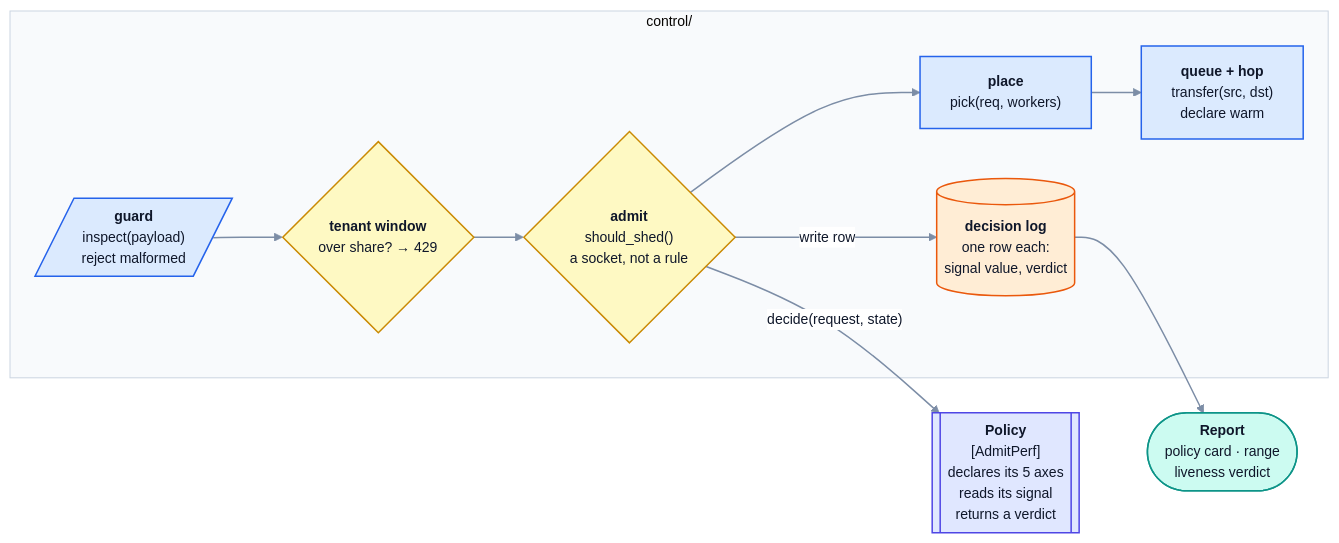
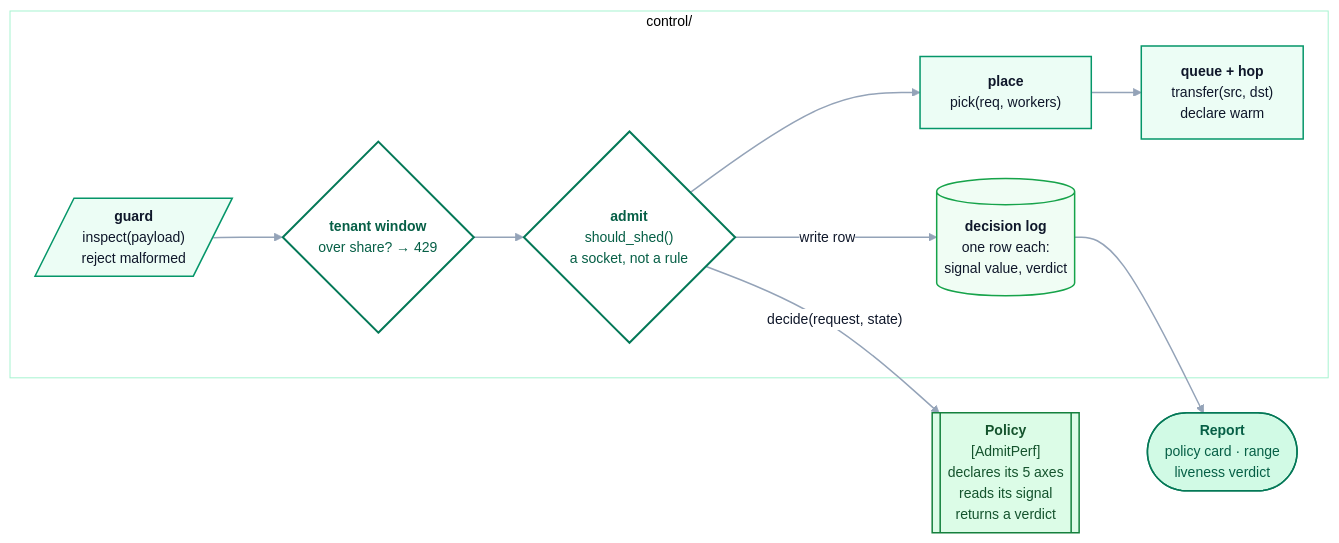
One commit to harshuljain13/Dodona changed the third of 3 diagrams in PROJECT.md. Above: the diagram before and after it, drawn with Mermaid. The commit also changed other lines of this file and 15 other files, not shown here.

````diff
--- a/PROJECT.md
+++ b/PROJECT.md
@@ -301,50 +301,50 @@
 ```mermaid
 %%{init: {'theme':'base','themeVariables':{
   'fontFamily':'ui-sans-serif, -apple-system, Segoe UI, Inter, Helvetica, Arial, sans-serif','fontSize':'14px',
-  'primaryColor':'#eff6ff','primaryTextColor':'#0f172a','primaryBorderColor':'#94a3b8',
-  'secondaryColor':'#f1f5f9','tertiaryColor':'#f8fafc',
-  'lineColor':'#7c8da6','textColor':'#1e293b',
-  'clusterBkg':'#f8fafc','clusterBorder':'#cbd5e1',
-  'edgeLabelBackground':'#ffffff','nodeBorder':'#94a3b8'
+  'primaryColor':'#ecfdf5','primaryTextColor':'#0f172a','primaryBorderColor':'#059669',
+  'secondaryColor':'#f8fafc','tertiaryColor':'#ffffff',
+  'lineColor':'#94a3b8','textColor':'#1e293b',
+  'clusterBkg':'#ffffff','clusterBorder':'#a7f3d0',
+  'edgeLabelBackground':'#ffffff','nodeBorder':'#059669'
 }}}%%
 flowchart LR
   subgraph GW["control/"]
     G[/"<b>guard</b><br/>inspect(payload)<br/>reject malformed"/]
     T{"<b>tenant window</b><br/>over share? → 429"}
     A{"<b>admit</b><br/>should_shed()<br/>a socket, not a rule"}
     P["<b>place</b><br/>pick(req, workers)"]
     H["<b>queue + hop</b><br/>transfer(src, dst)<br/>declare warm"]
     L[("<b>decision log</b><br/>one row each:<br/>signal value, verdict")]
     G --> T --> A --> P --> H
   end
 
   POL[["<b>Policy</b><br/>[AdmitPerf]<br/>declares its 5 axes<br/>reads its signal<br/>returns a verdict"]]
   REP(["<b>Report</b><br/>policy card · range<br/>liveness verdict"])
 
   A -->|"decide(request, state)"| POL
   A -->|"write row"| L
   L --> REP
 
   class G,P,H primary
   class T,A decision
   class POL highlight
   class L data
   class REP success
 
-    classDef primary   fill:#dbeafe,stroke:#2563eb,stroke-width:1.5px,color:#0f172a
-    classDef secondary fill:#d1fae5,stroke:#059669,stroke-width:1.5px,color:#0f172a
-    classDef accent    fill:#ede9fe,stroke:#7c3aed,stroke-width:1.5px,color:#0f172a
-    classDef decision  fill:#fef9c3,stroke:#ca8a04,stroke-width:1.5px,color:#0f172a
-    classDef gate      fill:#fef9c3,stroke:#ca8a04,stroke-width:1.5px,color:#0f172a
-    classDef data      fill:#ffedd5,stroke:#ea580c,stroke-width:1.5px,color:#0f172a
-    classDef neutral   fill:#f1f5f9,stroke:#64748b,stroke-width:1.5px,color:#0f172a
-    classDef success   fill:#ccfbf1,stroke:#0d9488,stroke-width:1.5px,color:#0f172a
-    classDef out       fill:#ccfbf1,stroke:#0d9488,stroke-width:1.5px,color:#0f172a
-    classDef input     fill:#fce7f3,stroke:#db2777,stroke-width:1.5px,color:#0f172a
-    classDef highlight fill:#e0e7ff,stroke:#4f46e5,stroke-width:1.5px,color:#0f172a
-    classDef pick      fill:#d1fae5,stroke:#059669,stroke-width:1.8px,color:#064e3b
-    classDef alt       fill:#dbeafe,stroke:#2563eb,stroke-width:1.5px,color:#0f172a
-    classDef dead      fill:#fee2e2,stroke:#dc2626,stroke-width:1.5px,color:#7f1d1d
-    classDef note      fill:#ffffff,stroke:#cbd5e1,stroke-width:1px,color:#475569
-    linkStyle default stroke:#7c8da6,stroke-width:1.5px
+    classDef primary   fill:#ecfdf5,stroke:#059669,stroke-width:1.5px,color:#0f172a
+    classDef secondary fill:#f0fdf4,stroke:#16a34a,stroke-width:1.5px,color:#0f172a
+    classDef accent    fill:#ffffff,stroke:#059669,stroke-width:1.5px,color:#0f172a
+    classDef decision  fill:#ffffff,stroke:#047857,stroke-width:2px,color:#065f46
+    classDef gate      fill:#ffffff,stroke:#047857,stroke-width:2px,color:#065f46
+    classDef data      fill:#f0fdf4,stroke:#16a34a,stroke-width:1.5px,color:#0f172a
+    classDef neutral   fill:#f8fafc,stroke:#cbd5e1,stroke-width:1.5px,color:#475569
+    classDef success   fill:#d1fae5,stroke:#047857,stroke-width:1.5px,color:#065f46
+    classDef out       fill:#d1fae5,stroke:#047857,stroke-width:1.5px,color:#065f46
+    classDef input     fill:#ffffff,stroke:#94a3b8,stroke-width:1.5px,color:#334155
+    classDef highlight fill:#dcfce7,stroke:#15803d,stroke-width:1.5px,color:#14532d
+    classDef pick      fill:#d1fae5,stroke:#047857,stroke-width:2px,color:#064e3b
+    classDef alt       fill:#ecfdf5,stroke:#059669,stroke-width:1.5px,color:#0f172a
+    classDef dead      fill:#ffffff,stroke:#e2e8f0,stroke-width:1.5px,color:#94a3b8
+    classDef note      fill:#ffffff,stroke:#e2e8f0,stroke-width:1px,color:#64748b
+    linkStyle default stroke:#94a3b8,stroke-width:1.5px
 ```
````
